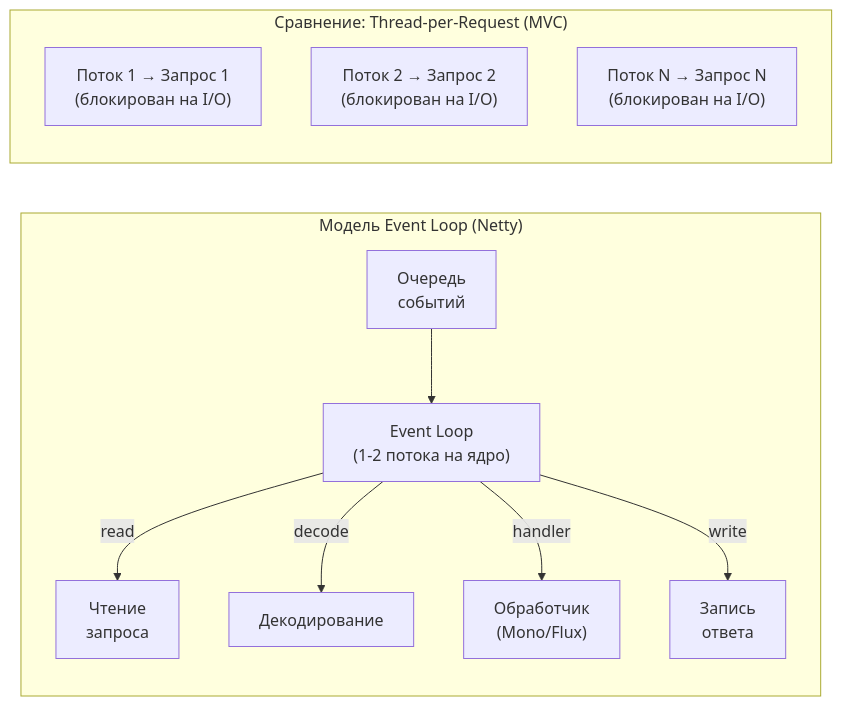
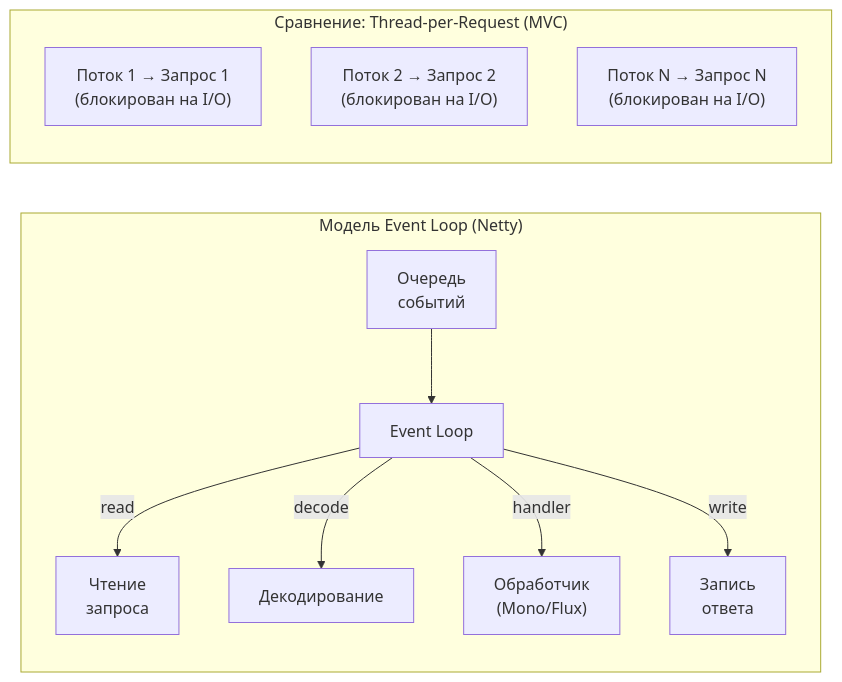
One commit to akeverus/cheat-sheet changed the third of 7 diagrams in cheatsheets/interview/frameworks/spring/spring-webflux-interview.md. Above: the diagram before and after it, drawn with Mermaid. The commit also changed other lines of this file and 154 other files, not shown here.

````diff
--- a/cheatsheets/interview/frameworks/spring/spring-webflux-interview.md
+++ b/cheatsheets/interview/frameworks/spring/spring-webflux-interview.md
@@ -248,18 +248,18 @@
 ```mermaid
 graph LR
     subgraph "Модель Event Loop (Netty)"
-        EL["Event Loop<br/>(1-2 потока на ядро)"]
+        EL["Event Loop"]
         Q1["Очередь<br/>событий"]
         Q1 --> EL
         EL -->|"read"| R["Чтение<br/>запроса"]
         EL -->|"decode"| D["Декодирование"]
         EL -->|"handler"| H["Обработчик<br/>(Mono/Flux)"]
         EL -->|"write"| W["Запись<br/>ответа"]
     end
 
     subgraph "Сравнение: Thread-per-Request (MVC)"
         T1["Поток 1 → Запрос 1<br/>(блокирован на I/O)"]
         T2["Поток 2 → Запрос 2<br/>(блокирован на I/O)"]
         T3["Поток N → Запрос N<br/>(блокирован на I/O)"]
     end
 ```
````
